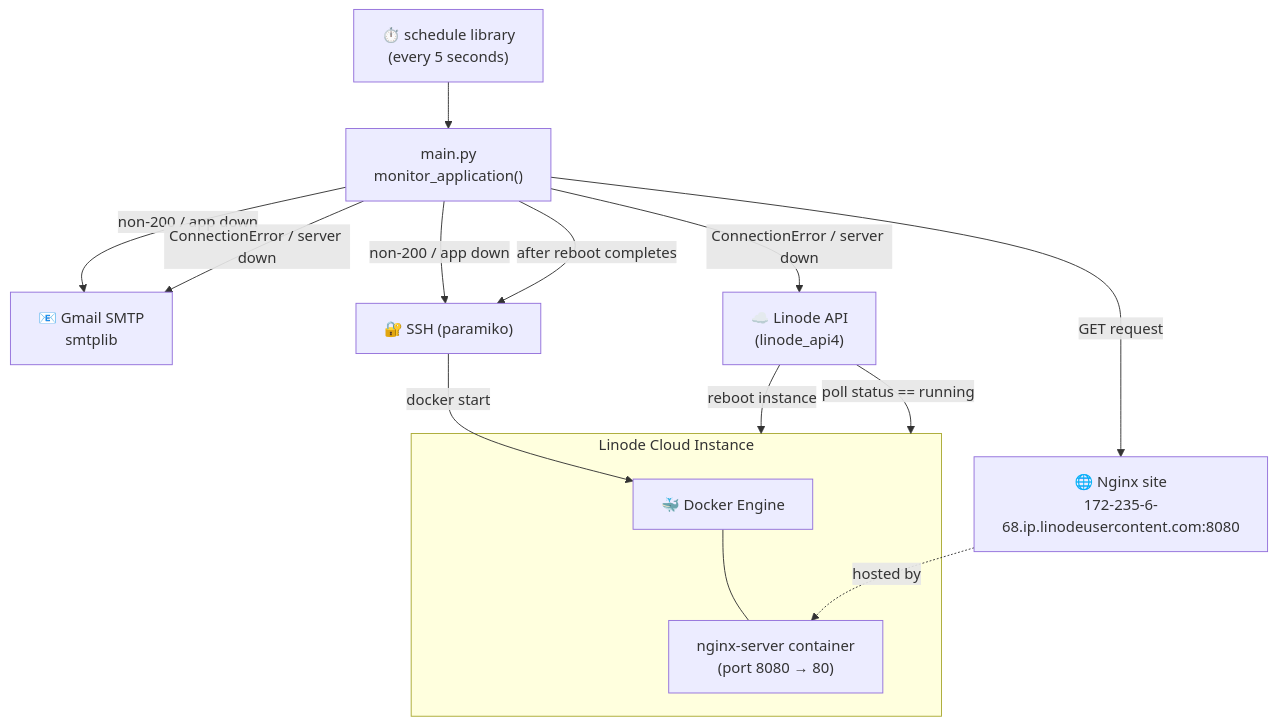
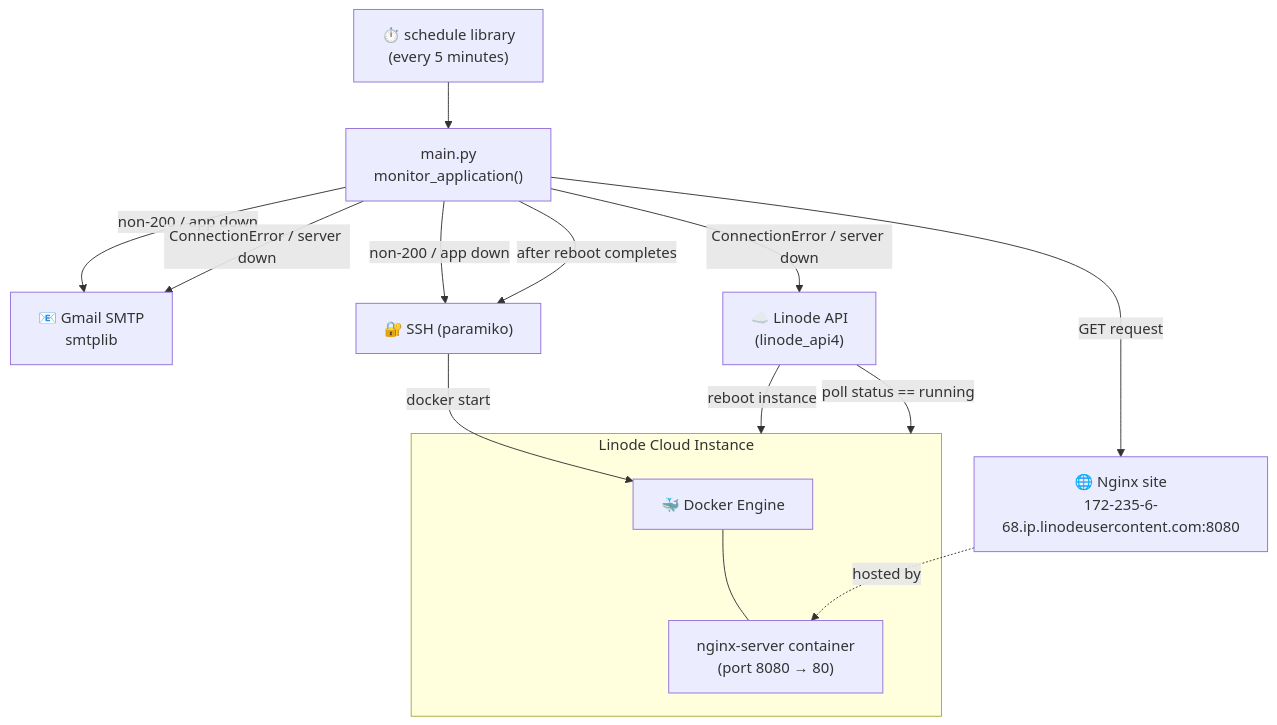
One commit to mustafa-saleh/website-monitoring-and-recovery-with-python changed the diagram in README.md. Above: the diagram before and after it, drawn with Mermaid. The commit also changed 2 other files, not shown here.

Commit message:
update to 5 mins

````diff
--- a/README.md
+++ b/README.md
@@ -58,29 +58,29 @@
 ```mermaid
 flowchart TB
-    Cron["⏱️ schedule library<br/>(every 5 seconds)"]
+    Cron["⏱️ schedule library<br/>(every 5 minutes)"]
     Script["main.py<br/>monitor_application()"]
     Site["🌐 Nginx site<br/>172-235-6-68.ip.linodeusercontent.com:8080"]
     Gmail["📧 Gmail SMTP<br/>smtplib"]
     SSH["🔐 SSH (paramiko)"]
     LinodeAPI["☁️ Linode API<br/>(linode_api4)"]
 
     subgraph Linode["Linode Cloud Instance"]
         Docker["🐳 Docker Engine"]
         Container["nginx-server container<br/>(port 8080 → 80)"]
         Docker --- Container
     end
 
     Cron --> Script
     Script -- "GET request" --> Site
     Site -. "hosted by" .-> Container
 
     Script -- "non-200 / app down" --> Gmail
     Script -- "non-200 / app down" --> SSH
     SSH -- "docker start <container-id>" --> Docker
 
     Script -- "ConnectionError / server down" --> Gmail
     Script -- "ConnectionError / server down" --> LinodeAPI
     LinodeAPI -- "reboot instance" --> Linode
     LinodeAPI -- "poll status == running" --> Linode
     Script -- "after reboot completes" --> SSH
 ```
````
